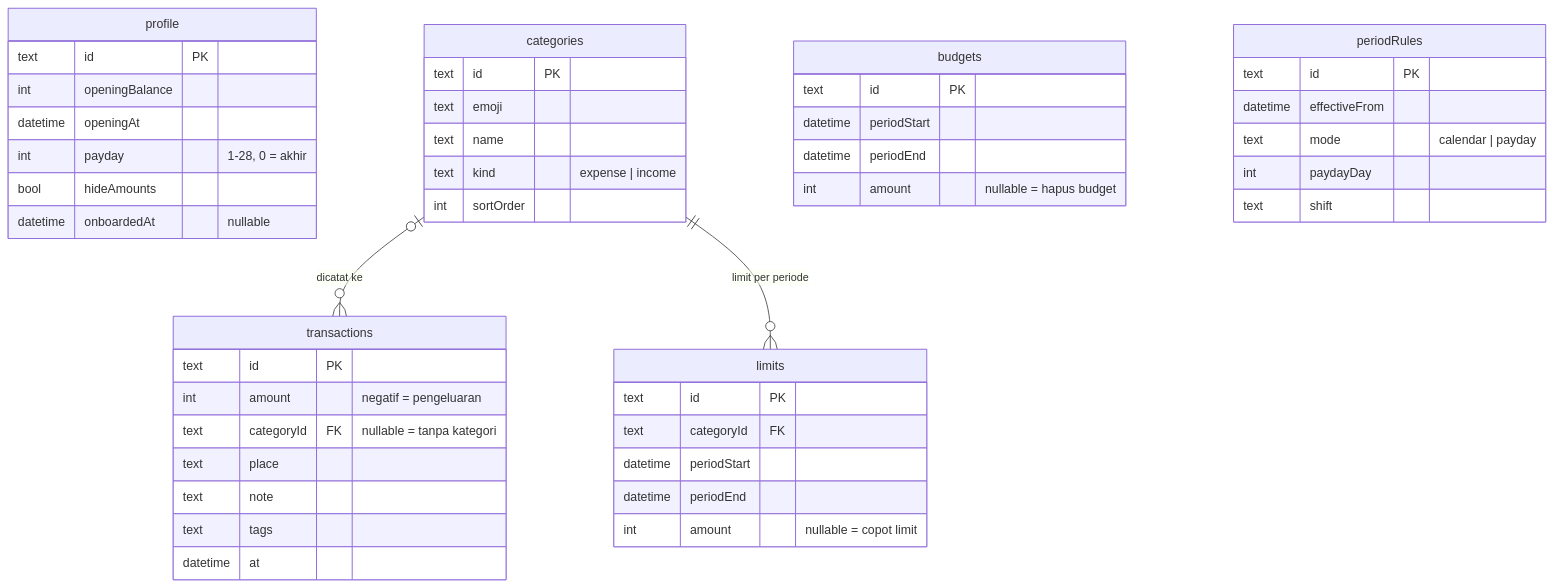
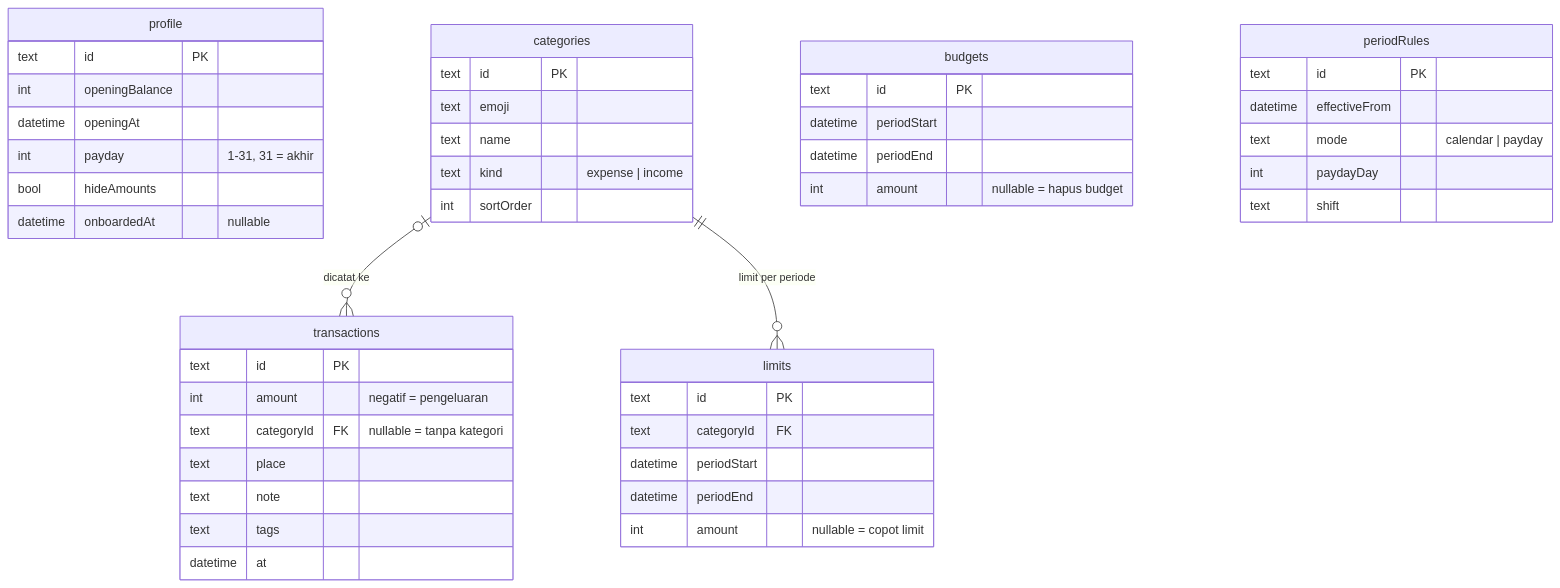
The diagram in docs/MVP_PLAN.md (choiruladamm/mibu), drawn with Mermaid before and after one commit. The commit also changed other lines of this file and 15 other files, not shown here.

````diff
--- a/docs/MVP_PLAN.md
+++ b/docs/MVP_PLAN.md
@@ -36,49 +36,49 @@
 ```mermaid
 erDiagram
     profile {
         text id PK
         int openingBalance
         datetime openingAt
-        int payday "1-28, 0 = akhir"
+        int payday "1-31, 31 = akhir"
         bool hideAmounts
         datetime onboardedAt "nullable"
     }
     categories {
         text id PK
         text emoji
         text name
         text kind "expense | income"
         int sortOrder
     }
     transactions {
         text id PK
         int amount "negatif = pengeluaran"
         text categoryId FK "nullable = tanpa kategori"
         text place
         text note
         text tags
         datetime at
     }
     budgets {
         text id PK
         datetime periodStart
         datetime periodEnd
         int amount "nullable = hapus budget"
     }
     limits {
         text id PK
         text categoryId FK
         datetime periodStart
         datetime periodEnd
         int amount "nullable = copot limit"
     }
     periodRules {
         text id PK
         datetime effectiveFrom
         text mode "calendar | payday"
         int paydayDay
         text shift
     }
     categories |o--o{ transactions : "dicatat ke"
     categories ||--o{ limits : "limit per periode"
 ```
````
